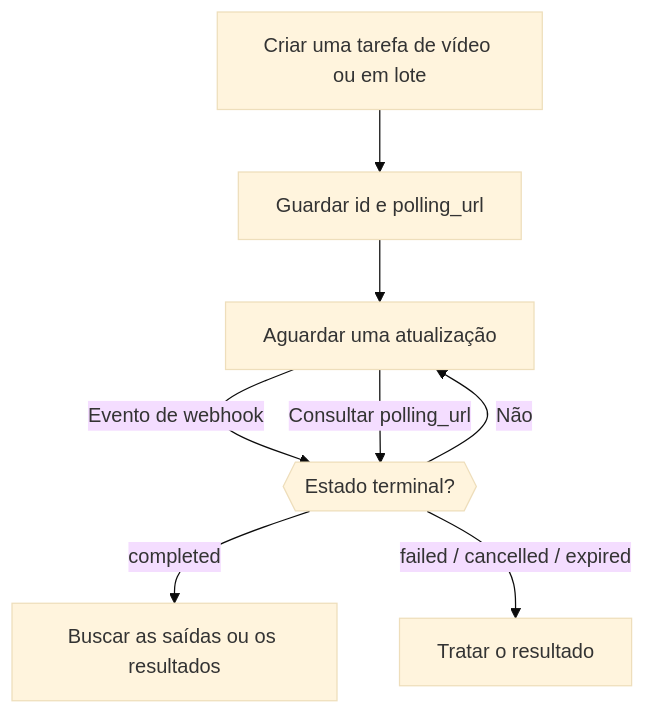
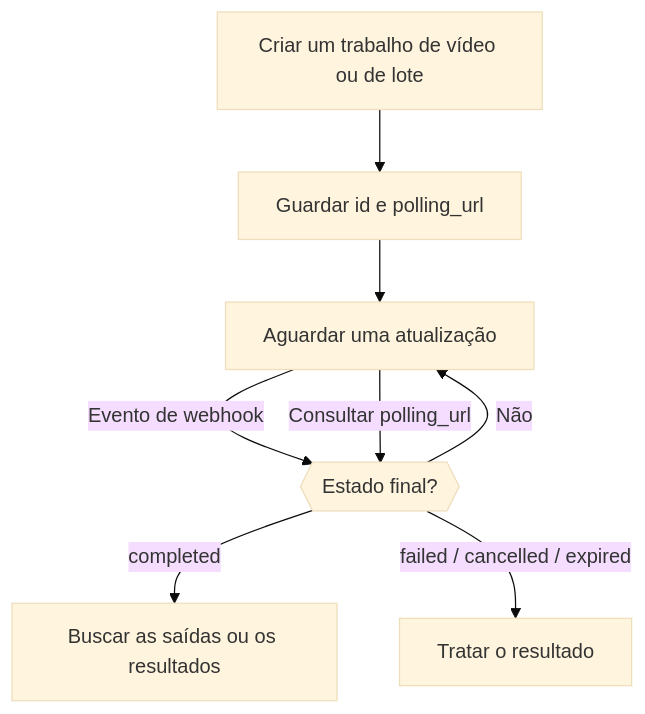
One commit to phaseoteam/Phaseo changed the diagram in apps/docs/pt-BR/v1/guides/async-video-and-batch.mdx. Above: the diagram before and after it, drawn with Mermaid (base theme). The commit also changed other lines of this file and 3793 other files, not shown here.

````diff
--- a/apps/docs/pt-BR/v1/guides/async-video-and-batch.mdx
+++ b/apps/docs/pt-BR/v1/guides/async-video-and-batch.mdx
@@ -39,10 +14,10 @@
 ```mermaid
 flowchart TD
-  newJob["Criar uma tarefa de vídeo ou em lote"] --> store["Guardar id e polling_url"]
+  newJob["Criar um trabalho de vídeo ou de lote"] --> store["Guardar id e polling_url"]
   store --> waiting["Aguardar uma atualização"]
-  waiting -->|"Evento de webhook"| terminal{{"Estado terminal?"}}
+  waiting -->|"Evento de webhook"| terminal{{"Estado final?"}}
   waiting -->|"Consultar polling_url"| terminal
   terminal -->|"Não"| waiting
   terminal -->|"completed"| fetchOut["Buscar as saídas ou os resultados"]
   terminal -->|"failed / cancelled / expired"| outcome["Tratar o resultado"]
 ```
````
